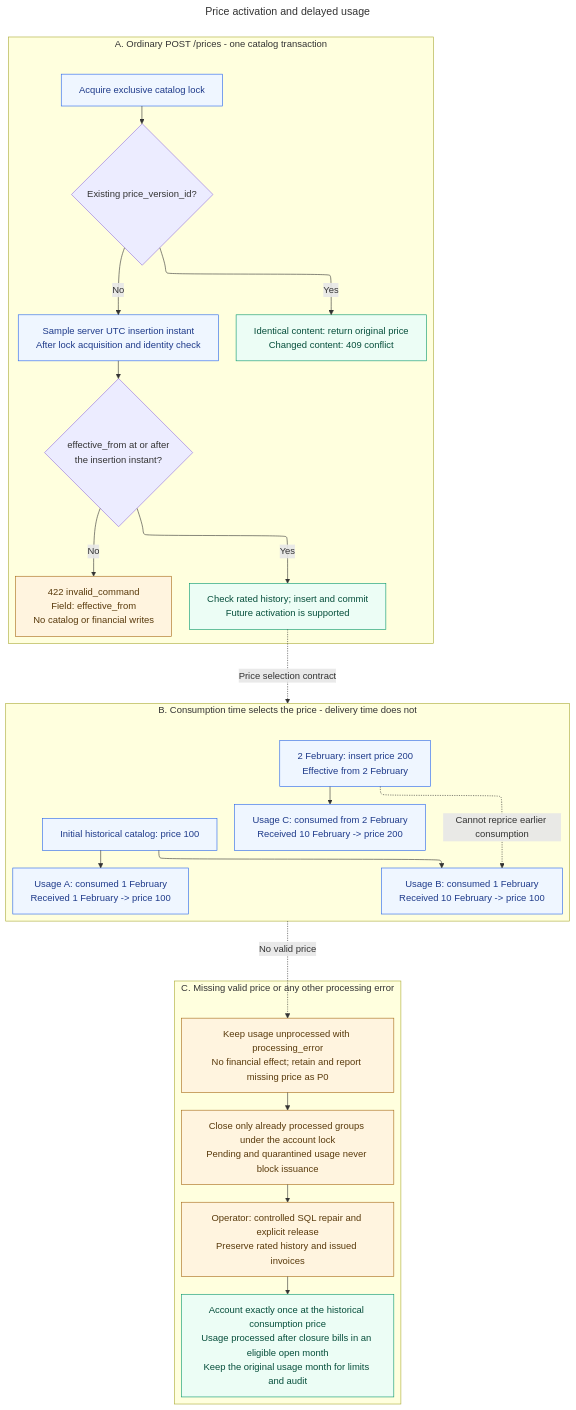
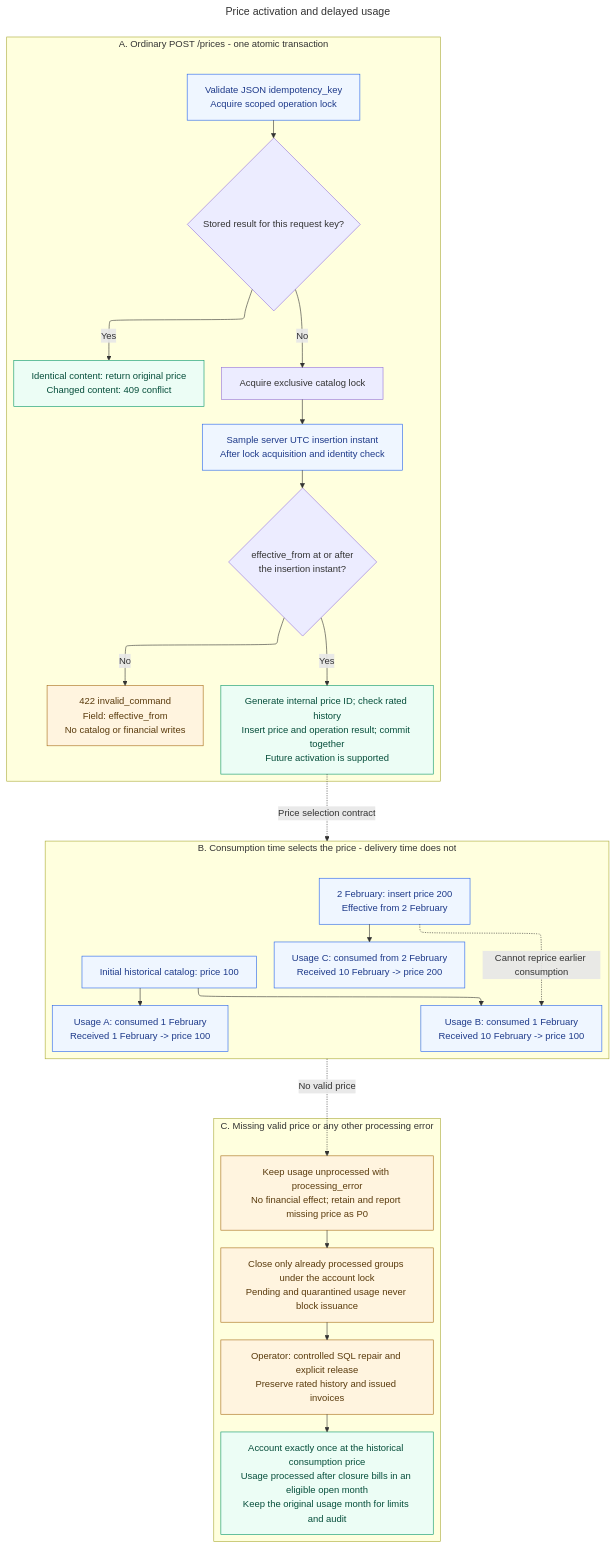
Before and after one commit to pupitooo/e2b-billing-api: the diagram in docs/diagrams/price-version-activation/price-version-activation.mmd, drawn with Mermaid. The commit also changed 73 other files, not shown here.

First line of the commit message:
Refine billing identities and durable JSON command retries (#65)

```diff
--- a/docs/diagrams/price-version-activation/price-version-activation.mmd
+++ b/docs/diagrams/price-version-activation/price-version-activation.mmd
@@ -1,56 +1,57 @@
 ---
 title: Price activation and delayed usage
 config:
   layout: elk
   flowchart:
     wrappingWidth: 300
     nodeSpacing: 30
     rankSpacing: 40
     useMaxWidth: false
 ---
 %% System contracts: no ordinary backdating; consumption-time pricing;
 %% quarantined receipts never block invoices; historical repair uses operator SQL.
 flowchart TB
-    subgraph command["A. Ordinary POST /prices - one catalog transaction"]
-        lock["Acquire exclusive catalog lock"]
-        identity{"Existing price_version_id?"}
+    subgraph command["A. Ordinary POST /prices - one atomic transaction"]
+        lock["Validate JSON idempotency_key<br/>Acquire scoped operation lock"]
+        catalog["Acquire exclusive catalog lock"]
+        identity{"Stored result for this request key?"}
         retry["Identical content: return original price<br/>Changed content: 409 conflict"]
         time["Sample server UTC insertion instant<br/>After lock acquisition and identity check"]
         eligible{"effective_from at or after<br/>the insertion instant?"}
         invalid["422 invalid_command<br/>Field: effective_from<br/>No catalog or financial writes"]
-        persist["Check rated history; insert and commit<br/>Future activation is supported"]
+        persist["Generate internal price ID; check rated history<br/>Insert price and operation result; commit together<br/>Future activation is supported"]
         lock --> identity
         identity -->|"Yes"| retry
-        identity -->|"No"| time --> eligible
+        identity -->|"No"| catalog --> time --> eligible
         eligible -->|"No"| invalid
         eligible -->|"Yes"| persist
     end
 
     subgraph historical["B. Consumption time selects the price - delivery time does not"]
         old["Initial historical catalog: price 100"]
         change["2 February: insert price 200<br/>Effective from 2 February"]
         a["Usage A: consumed 1 February<br/>Received 1 February -> price 100"]
         b["Usage B: consumed 1 February<br/>Received 10 February -> price 100"]
         c["Usage C: consumed from 2 February<br/>Received 10 February -> price 200"]
         old --> a
         old --> b
         change --> c
         change -.->|"Cannot reprice earlier consumption"| b
     end
 
     subgraph recovery["C. Missing valid price or any other processing error"]
         quarantine["Keep usage unprocessed with processing_error<br/>No financial effect; retain and report missing price as P0"]
         exclude["Close only already processed groups under the account lock<br/>Pending and quarantined usage never block issuance"]
         repair["Operator: controlled SQL repair and explicit release<br/>Preserve rated history and issued invoices"]
         later["Account exactly once at the historical consumption price<br/>Usage processed after closure bills in an eligible open month<br/>Keep the original usage month for limits and audit"]
         quarantine --> exclude --> repair --> later
     end
 
     persist -.->|"Price selection contract"| historical
     historical -.->|"No valid price"| quarantine
     classDef normal fill:#eff6ff,stroke:#2563eb,color:#1e3a8a
     classDef stored fill:#ecfdf5,stroke:#059669,color:#064e3b
     classDef problem fill:#fff4df,stroke:#a66a15,color:#593a0c
     class lock,time,old,change,a,b,c normal
     class persist,retry,later stored
     class invalid,quarantine,exclude,repair problem
```
